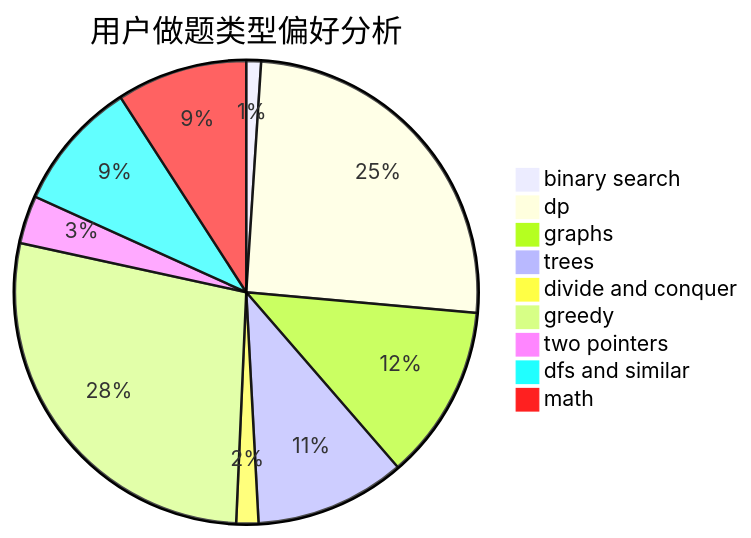
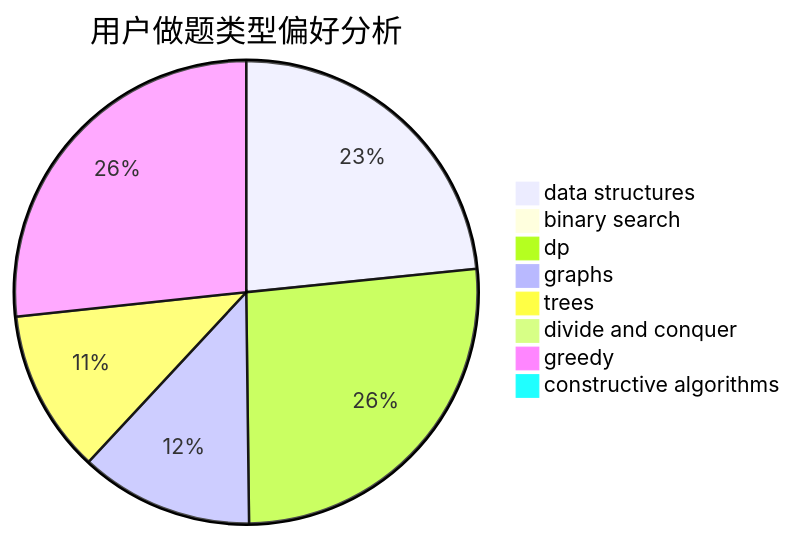
Before and after one commit to sherpahu/cfrs.github.io: the second of 3 diagrams in docs/user/u955.md, drawn with Mermaid. The commit also changed other lines of this file and 2775 other files, not shown here.

````diff
--- a/docs/user/u955.md
+++ b/docs/user/u955.md
@@ -23,12 +23,11 @@
 ```mermaid
 pie title 用户做题类型偏好分析
-    "binary search" :  20
-    "dp" :  493
-    "graphs" :  237
-    "trees" :  204
-    "divide and conquer" :  30
-    "greedy" :  538
-    "two pointers" :  65
-    "dfs and similar" :  177
-    "math" :  177
+    "data structures" :  361
+    "binary search" :  0
+    "dp" :  408
+    "graphs" :  187
+    "trees" :  176
+    "divide and conquer" :  5
+    "greedy" :  412
+    "constructive algorithms" :  14
 ```
````
